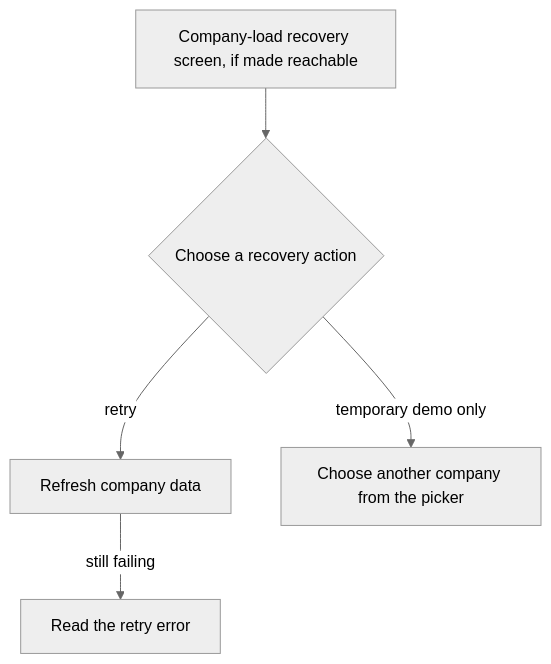
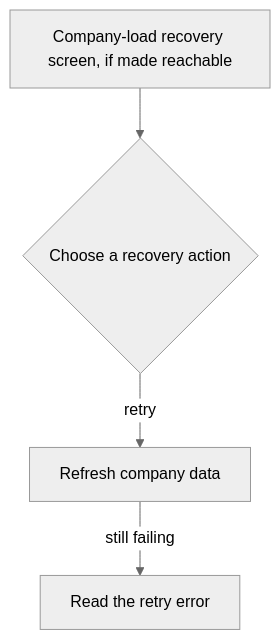
One commit to Kevinjohn/capacitylens changed the first of 2 diagrams in user-stories/navigation/US-NAV-20-account-load-recovery.md. Above: the diagram before and after it, drawn with Mermaid (neutral theme). The commit also changed other lines of this file and 343 other files, not shown here.

Commit message:
feat: use server-owned company planning and a disposable development demo

````diff
--- a/user-stories/navigation/US-NAV-20-account-load-recovery.md
+++ b/user-stories/navigation/US-NAV-20-account-load-recovery.md
@@ -23,7 +23,6 @@
 ```mermaid
 flowchart TD
 A["Company-load recovery screen, if made reachable"] --> B{"Choose a recovery action"}
 B -->|retry| C["Refresh company data"]
 C -->|still failing| D["Read the retry error"]
-B -->|temporary demo only| E["Choose another company from the picker"]
 ```
````
